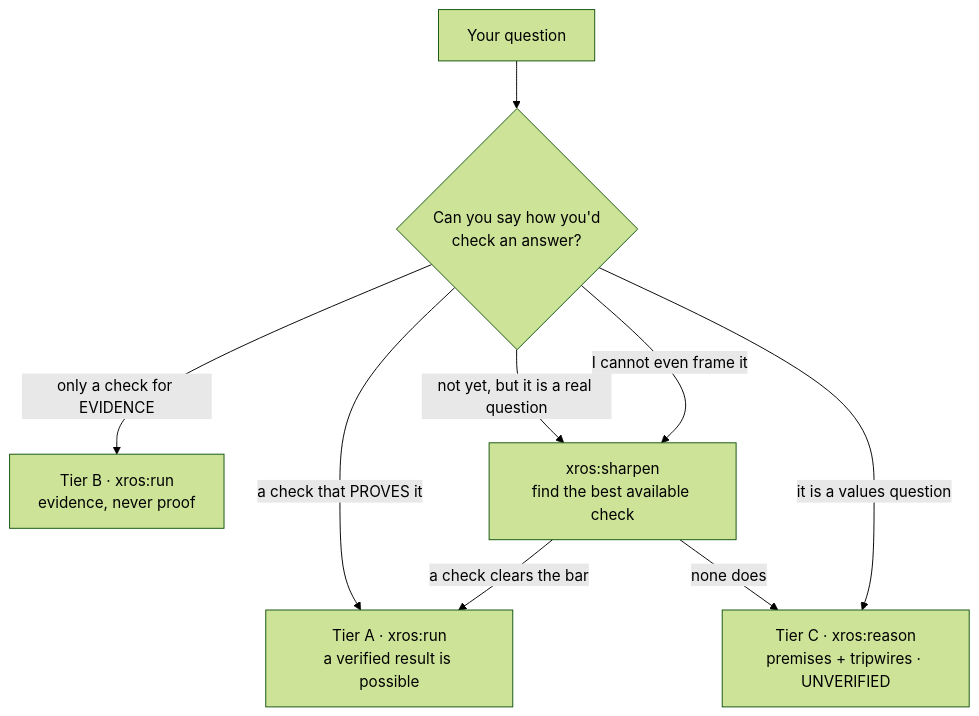
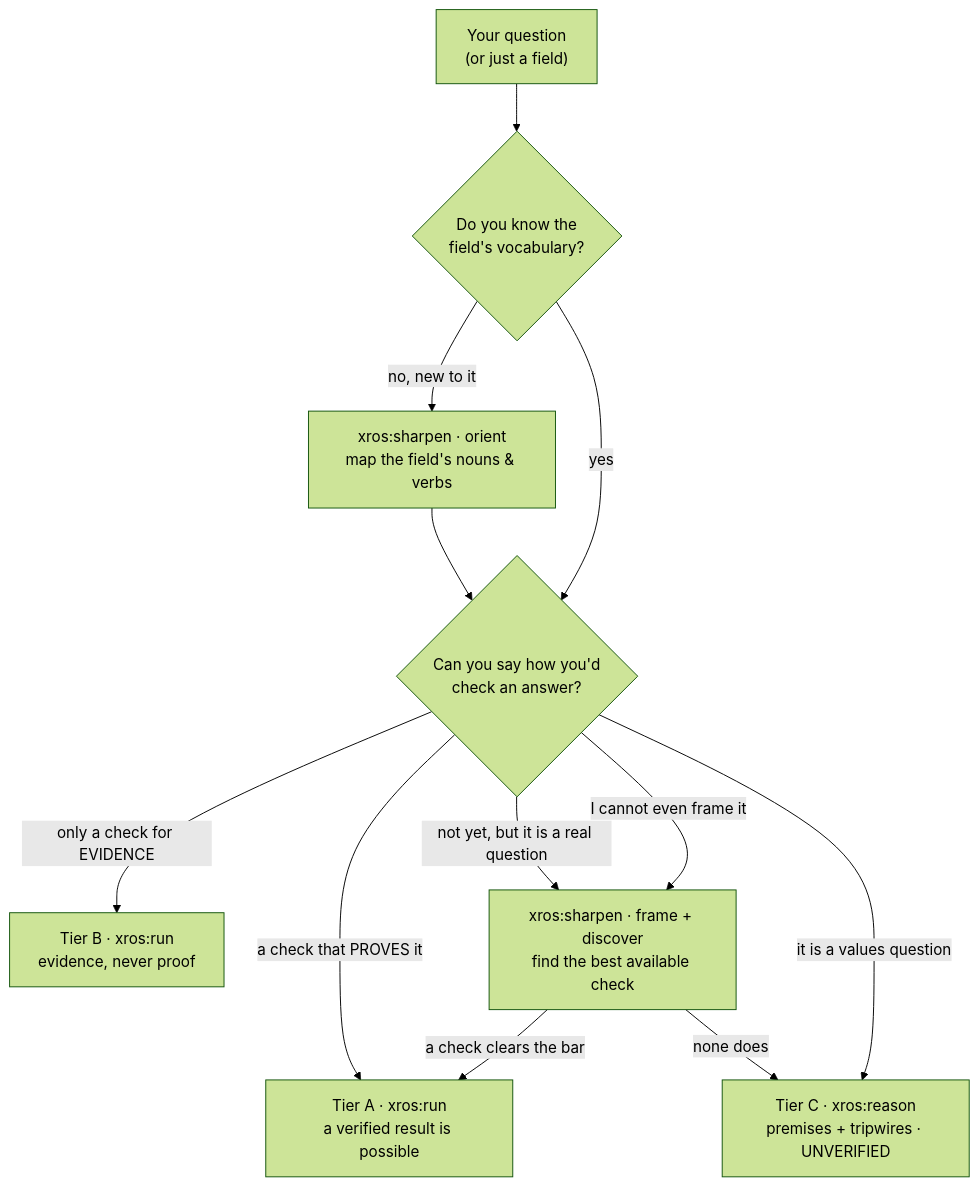
The diagram in README.md (xiaolai/xros), drawn with Mermaid (forest theme) before and after one commit. The commit also changed other lines of this file and 4 other files, not shown here.

First line of the commit message:
Add sharpen orient step: the "expand" phase for newcomers

````diff
--- a/README.md
+++ b/README.md
@@ -48,11 +52,14 @@
 ```mermaid
 flowchart TD
-  Q["Your question"] --> K{"Can you say how you'd<br/>check an answer?"}
+  Q["Your question<br/>(or just a field)"] --> V{"Do you know the<br/>field's vocabulary?"}
+  V -->|"no, new to it"| O["xros:sharpen · orient<br/>map the field's nouns & verbs"]
+  O --> K{"Can you say how you'd<br/>check an answer?"}
+  V -->|"yes"| K
   K -->|"a check that PROVES it"| A["Tier A · xros:run<br/>a verified result is possible"]
   K -->|"only a check for EVIDENCE"| B["Tier B · xros:run<br/>evidence, never proof"]
-  K -->|"not yet, but it is a real question"| S["xros:sharpen<br/>find the best available check"]
+  K -->|"not yet, but it is a real question"| S["xros:sharpen · frame + discover<br/>find the best available check"]
   K -->|"I cannot even frame it"| S
   S -->|"a check clears the bar"| A
   S -->|"none does"| C["Tier C · xros:reason<br/>premises + tripwires · UNVERIFIED"]
   K -->|"it is a values question"| C
 ```
````
